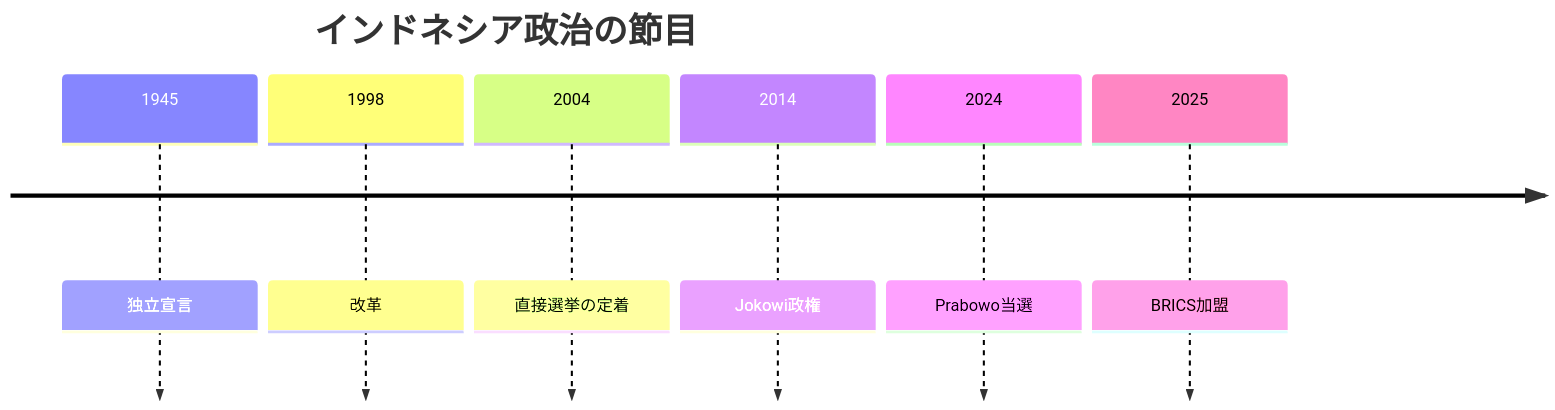
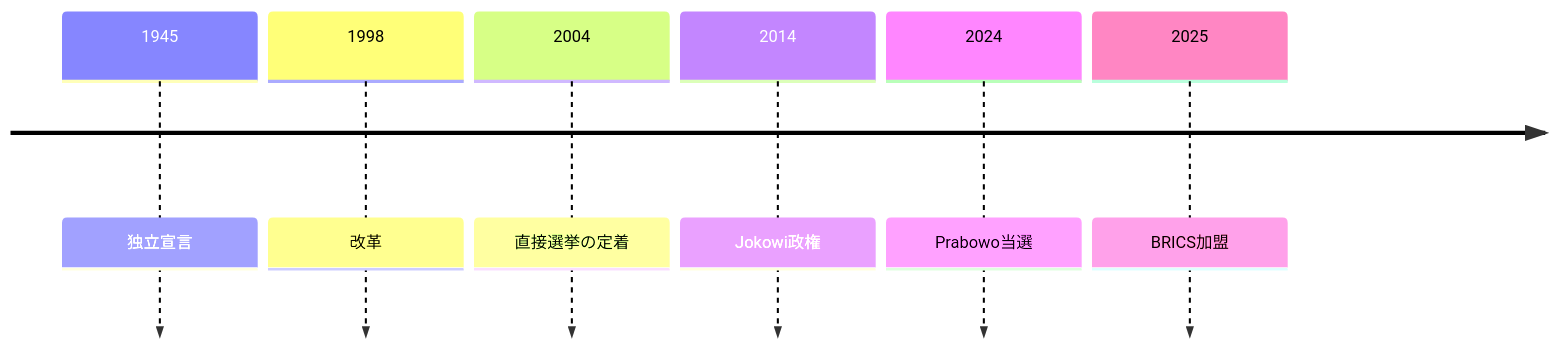
One commit to daylight55/research changed the second of 2 diagrams in articles/report/indonesia-geopolitical-profile/ja/index.mdx. Above: the diagram before and after it, drawn with Mermaid. The commit also changed other lines of this file and 181 other files, not shown here.

First line of the commit message:
全記事の図解368点を再生成し、共通注意書きを削除 (#402)

````diff
--- a/articles/report/indonesia-geopolitical-profile/ja/index.mdx
+++ b/articles/report/indonesia-geopolitical-profile/ja/index.mdx
@@ -51,10 +57,13 @@
 ```mermaid
 timeline
-  title インドネシア政治の節目
+  accTitle: インドネシアの独立から改革・政権継承へ
+  accDescr: 独立、1998年改革、直接選挙、近年の政権継承とBRICS加盟を年代順に示す。
+  accTitle: インドネシアの独立から改革・政権継承へ
+  accDescr: 独立、1998年改革、直接選挙、近年の政権継承とBRICS加盟を年代順に示す。
   1945 : 独立宣言
   1998 : 改革
   2004 : 直接選挙の定着
   2014 : Jokowi政権
   2024 : Prabowo当選
   2025 : BRICS加盟
 ```
````
